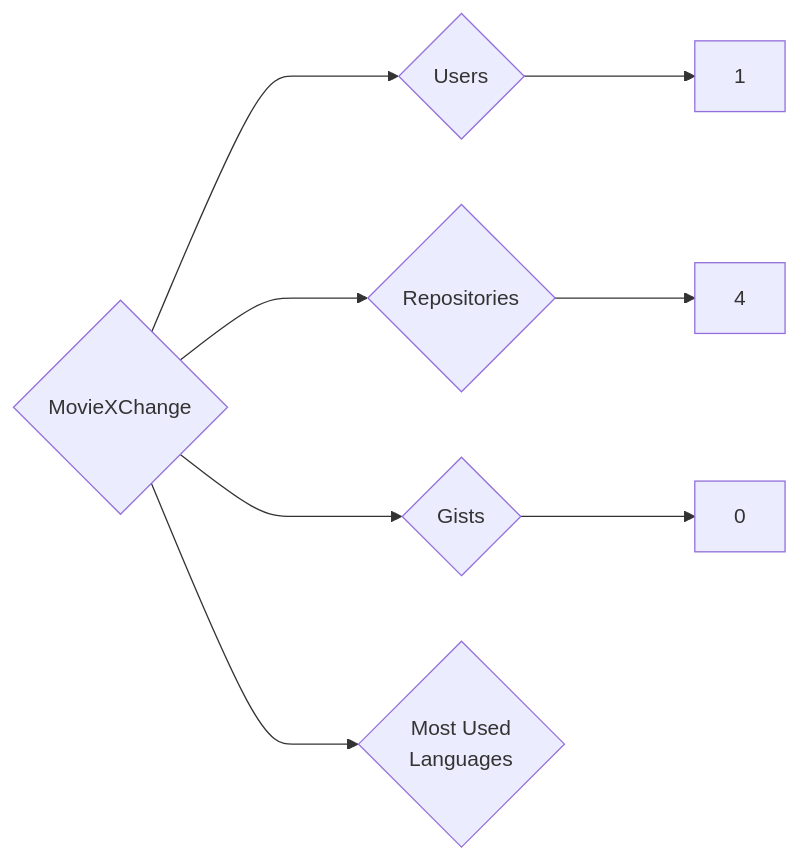
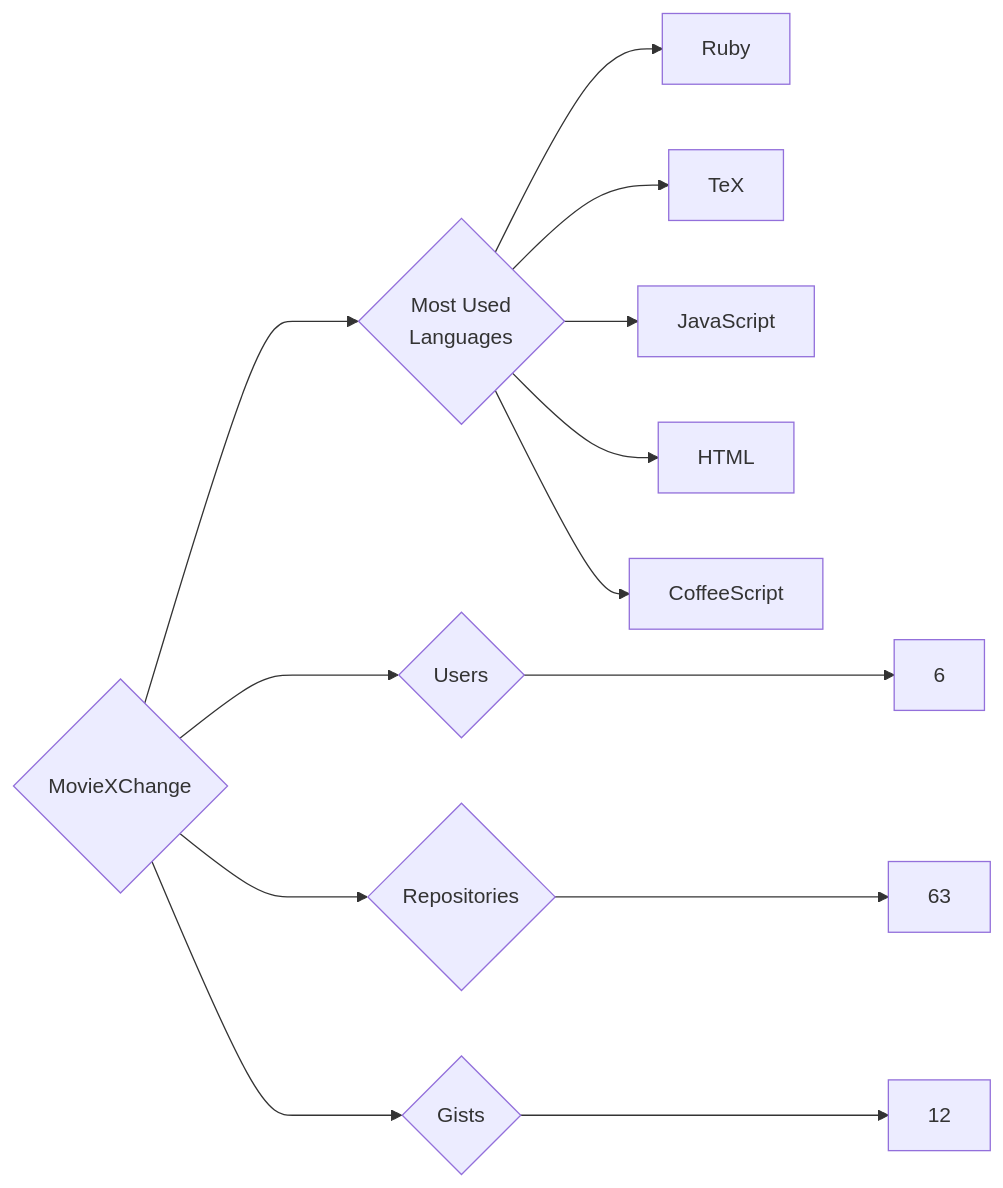
One commit to trickest/insiders changed the diagram in targets/MovieXChange/README.md. Above: the diagram before and after it, drawn with Mermaid. The commit also changed 1696 other files, not shown here.

````diff
--- a/targets/MovieXChange/README.md
+++ b/targets/MovieXChange/README.md
@@ -3,8 +3,13 @@
 ```mermaid
 graph LR
 COMPANY_NAME{MovieXChange}
-COMPANY_NAME ---> U{Users} ---> UN[1]
-COMPANY_NAME ---> R{Repositories} ---> RN[4]
-COMPANY_NAME ---> G{Gists} ---> GN[0]
+COMPANY_NAME ---> U{Users} ---> UN[6]
+COMPANY_NAME ---> R{Repositories} ---> RN[63]
+COMPANY_NAME ---> G{Gists} ---> GN[12]
 COMPANY_NAME ---> ML{Most Used<br>Languages}
+ML --> Ruby[Ruby]
+ML --> TeX[TeX]
+ML --> JavaScript[JavaScript]
+ML --> HTML[HTML]
+ML --> CoffeeScript[CoffeeScript]
 ```
````
